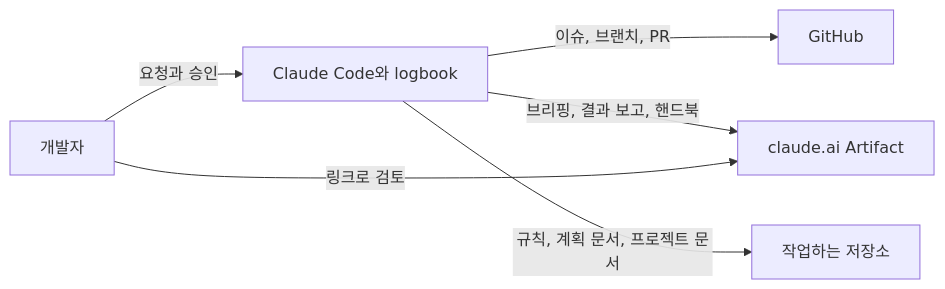
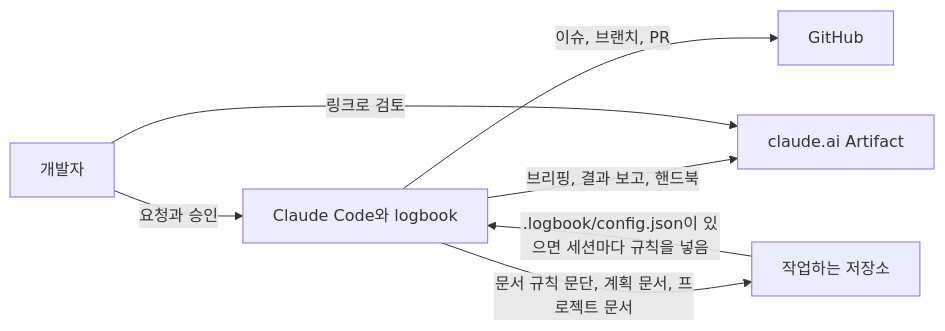
The diagram in docs/system/overview.md (dincal/agent_logbook), drawn with Mermaid before and after one commit. The commit also changed other lines of this file and 26 other files, not shown here.

First line of the commit message:
logbook 규칙을 프로젝트에 복사하지 않고 세션마다 넣는다 (#21)

````diff
--- a/docs/system/overview.md
+++ b/docs/system/overview.md
@@ -21,8 +21,9 @@
 ```mermaid
 flowchart LR
   U["개발자"] -->|"요청과 승인"| C["Claude Code와 logbook"]
   C -->|"이슈, 브랜치, PR"| G["GitHub"]
   C -->|"브리핑, 결과 보고, 핸드북"| A["claude.ai Artifact"]
-  C -->|"규칙, 계획 문서, 프로젝트 문서"| R["작업하는 저장소"]
+  C -->|"문서 규칙 문단, 계획 문서, 프로젝트 문서"| R["작업하는 저장소"]
+  R -->|".logbook/config.json이 있으면 세션마다 규칙을 넣음"| C
   U -->|"링크로 검토"| A
 ```
````
